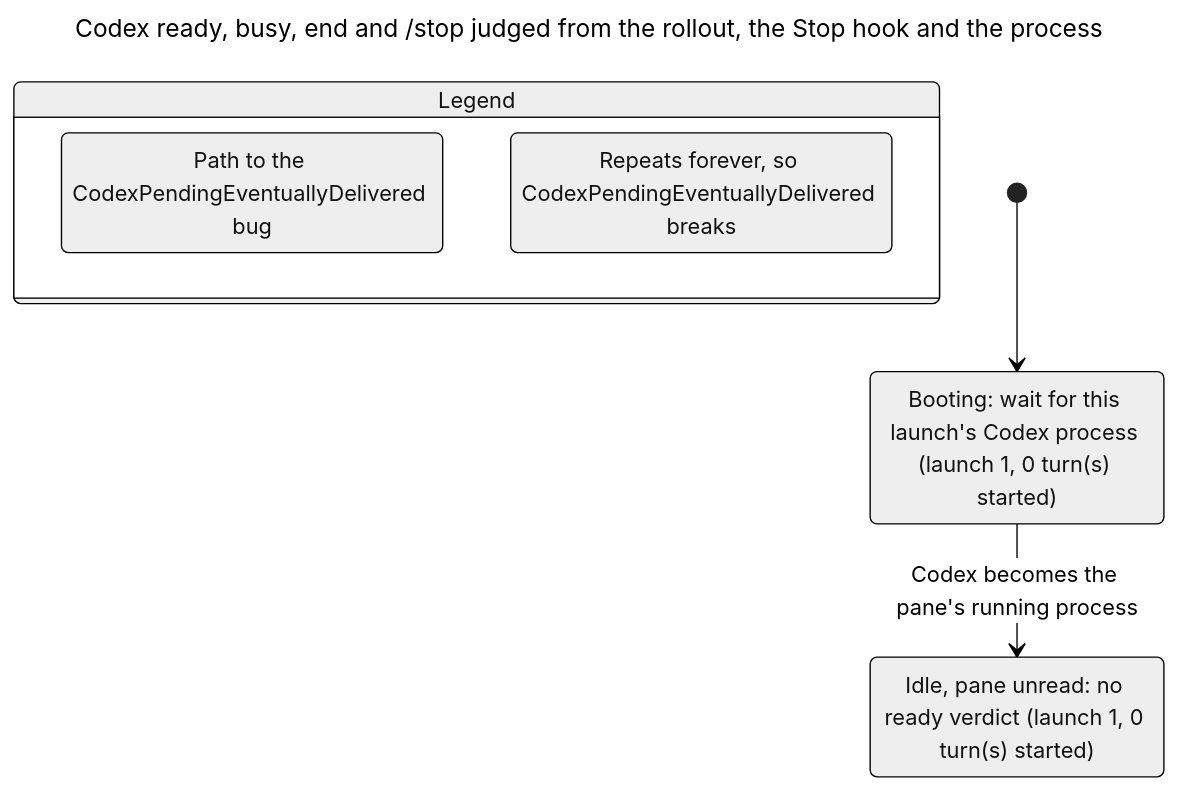
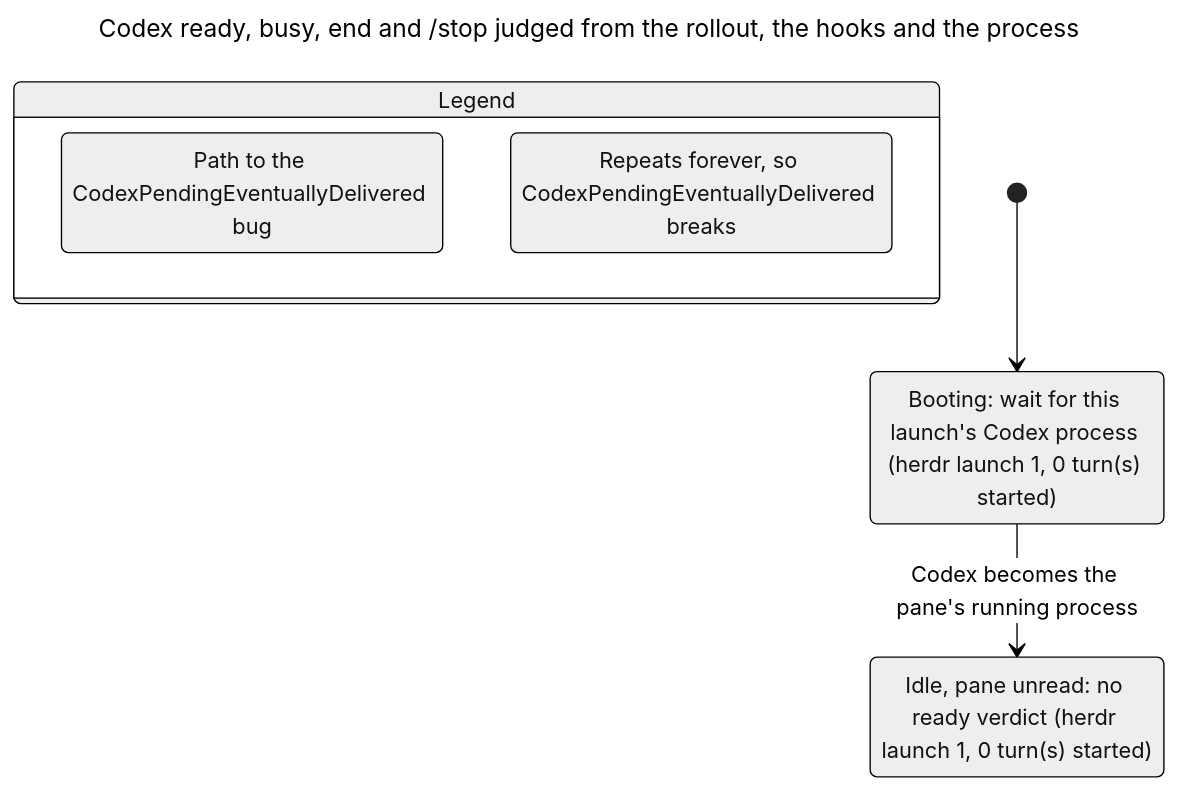
Before and after one commit to itismyfield/AgentDesk: the diagram in docs/statecharts/input-single-path/codex-readiness.before.chart.mmd, drawn with Mermaid (neutral theme). The commit also changed 60 other files, not shown here.

```diff
--- a/docs/statecharts/input-single-path/codex-readiness.before.chart.mmd
+++ b/docs/statecharts/input-single-path/codex-readiness.before.chart.mmd
@@ -1,16 +1,16 @@
 ---
-title: "Codex ready, busy, end and /stop judged from the rollout, the Stop hook and the process"
+title: "Codex ready, busy, end and /stop judged from the rollout, the hooks and the process"
 ---
 stateDiagram-v2
   state "Legend" as legend {
     lg0: Path to the CodexPendingEventuallyDelivered bug
     lg1: Repeats forever, so CodexPendingEventuallyDelivered breaks
   }
   class lg0 bugPath
   class lg1 repeats
-  s0: Booting: wait for this launch's Codex process (launch 1, 0 turn(s) started)
-  s1: Idle, pane unread: no ready verdict (launch 1, 0 turn(s) started)
+  s0: Booting: wait for this launch's Codex process (herdr launch 1, 0 turn(s) started)
+  s1: Idle, pane unread: no ready verdict (herdr launch 1, 0 turn(s) started)
   [*] --> s0
   s0 --> s1: Codex becomes the pane's running process
   class s0 bugPath
   class s1 repeats
```
